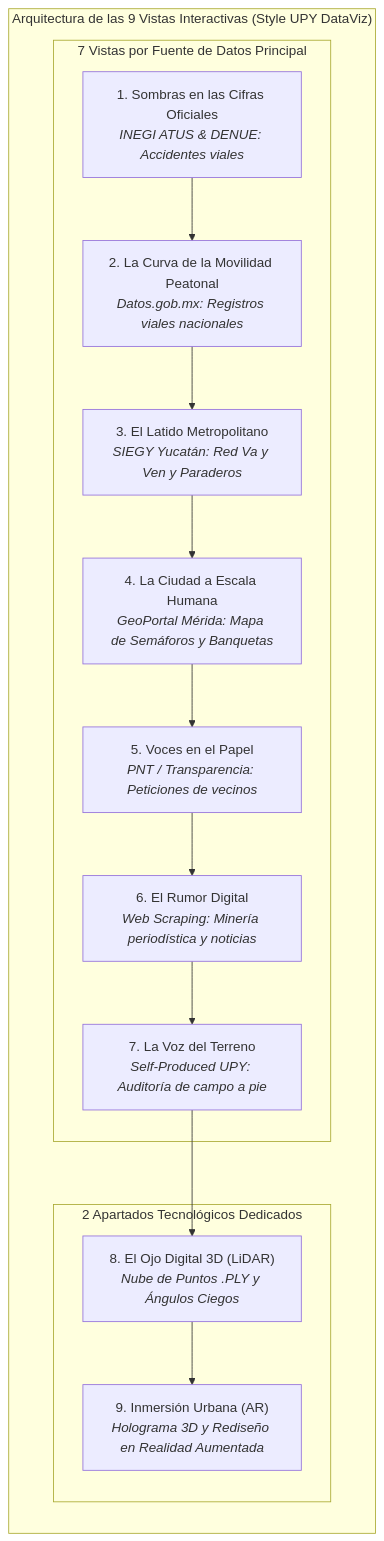
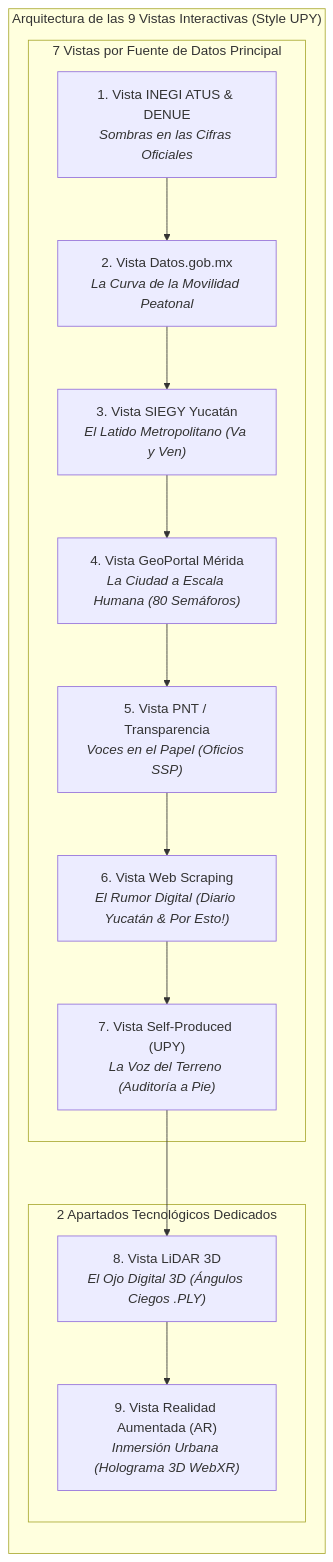
One commit to Rivaldo2309030/Visual-Modeling-For-Information changed the diagram in README.md. Above: the diagram before and after it, drawn with Mermaid. The commit also changed other lines of this file and 34 other files, not shown here.

````diff
--- a/README.md
+++ b/README.md
@@ -84,23 +21,23 @@
 ```mermaid
 flowchart TD
-    subgraph DataStorytelling ["Arquitectura de las 9 Vistas Interactivas (Style UPY DataViz)"]
+    subgraph DataStorytelling ["Arquitectura de las 9 Vistas Interactivas (Style UPY)"]
         direction TB
         
         subgraph Fuentes ["7 Vistas por Fuente de Datos Principal"]
-            V1["1. Sombras en las Cifras Oficiales<br><i>INEGI ATUS & DENUE: Accidentes viales</i>"]
-            V2["2. La Curva de la Movilidad Peatonal<br><i>Datos.gob.mx: Registros viales nacionales</i>"]
-            V3["3. El Latido Metropolitano<br><i>SIEGY Yucatán: Red Va y Ven y Paraderos</i>"]
-            V4["4. La Ciudad a Escala Humana<br><i>GeoPortal Mérida: Mapa de Semáforos y Banquetas</i>"]
-            V5["5. Voces en el Papel<br><i>PNT / Transparencia: Peticiones de vecinos</i>"]
-            V6["6. El Rumor Digital<br><i>Web Scraping: Minería periodística y noticias</i>"]
-            V7["7. La Voz del Terreno<br><i>Self-Produced UPY: Auditoría de campo a pie</i>"]
+            V1["1. Vista INEGI ATUS & DENUE<br><i>Sombras en las Cifras Oficiales</i>"]
+            V2["2. Vista Datos.gob.mx<br><i>La Curva de la Movilidad Peatonal</i>"]
+            V3["3. Vista SIEGY Yucatán<br><i>El Latido Metropolitano (Va y Ven)</i>"]
+            V4["4. Vista GeoPortal Mérida<br><i>La Ciudad a Escala Humana (80 Semáforos)</i>"]
+            V5["5. Vista PNT / Transparencia<br><i>Voces en el Papel (Oficios SSP)</i>"]
+            V6["6. Vista Web Scraping<br><i>El Rumor Digital (Diario Yucatán & Por Esto!)</i>"]
+            V7["7. Vista Self-Produced (UPY)<br><i>La Voz del Terreno (Auditoría a Pie)</i>"]
         end
         
         subgraph Inmersivas ["2 Apartados Tecnológicos Dedicados"]
-            V8["8. El Ojo Digital 3D (LiDAR)<br><i>Nube de Puntos .PLY y Ángulos Ciegos</i>"]
-            V9["9. Inmersión Urbana (AR)<br><i>Holograma 3D y Rediseño en Realidad Aumentada</i>"]
+            V8["8. Vista LiDAR 3D<br><i>El Ojo Digital 3D (Ángulos Ciegos .PLY)</i>"]
+            V9["9. Vista Realidad Aumentada (AR)<br><i>Inmersión Urbana (Holograma 3D WebXR)</i>"]
         end
         
         V1 --> V2 --> V3 --> V4 --> V5 --> V6 --> V7 --> V8 --> V9
     end
 ```
````
